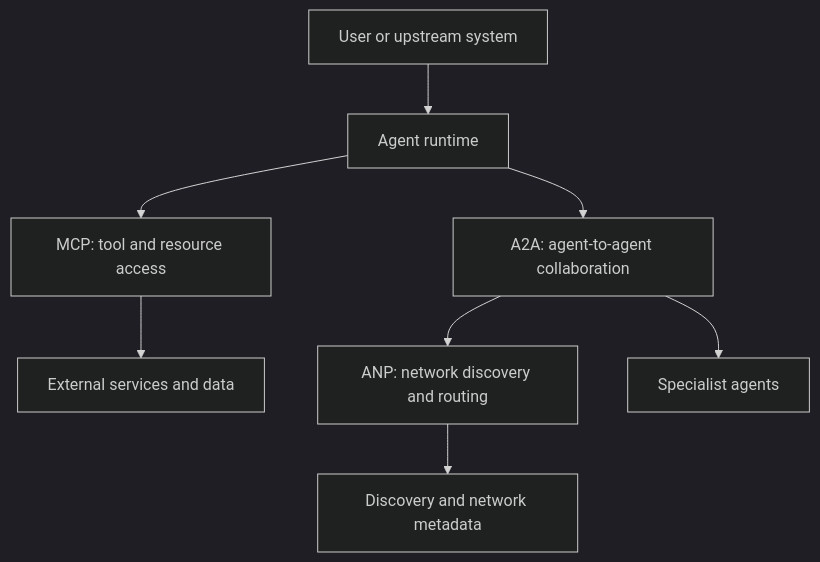
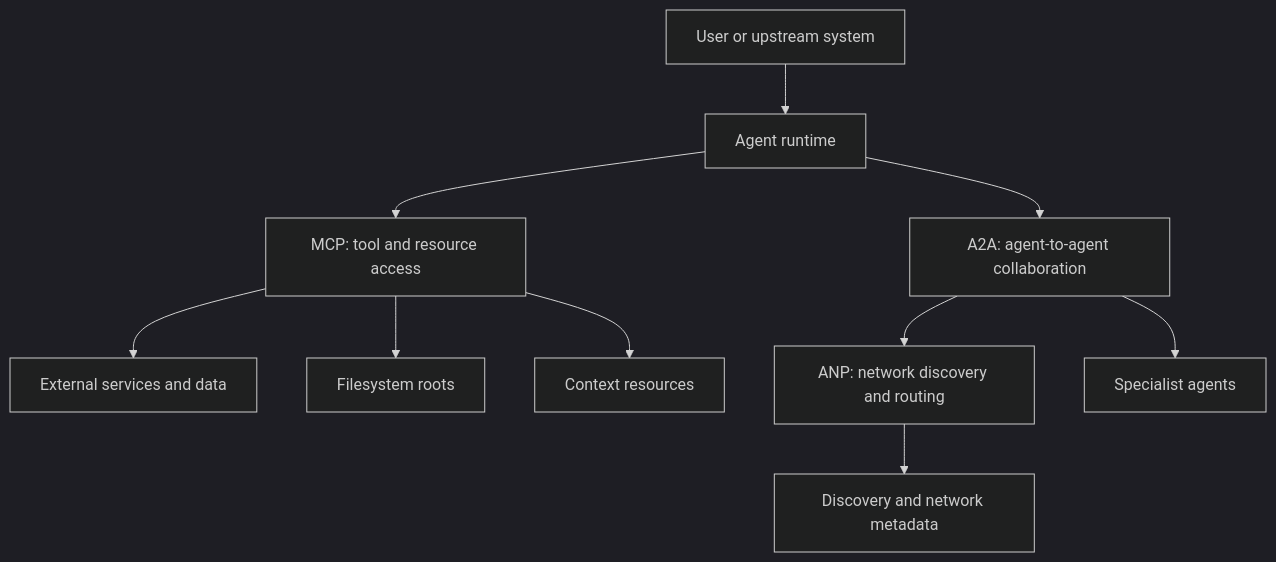
The diagram in systems/protocols-and-interoperability.md (Prompthon-IO/agent-systems-handbook), drawn with Mermaid (dark theme) before and after one commit. The commit also changed other lines of this file, not shown here.

Commit message:
docs(handbook): Protocols refresh for local roots, file resources, and remote MCP boundaries

````diff
--- a/systems/protocols-and-interoperability.md
+++ b/systems/protocols-and-interoperability.md
@@ -54,10 +70,12 @@
 ```mermaid
 flowchart TD
   User["User or upstream system"] --> Agent["Agent runtime"]
   Agent --> MCP["MCP: tool and resource access"]
   Agent --> A2A["A2A: agent-to-agent collaboration"]
   A2A --> ANP["ANP: network discovery and routing"]
   MCP --> Services["External services and data"]
+  MCP --> Roots["Filesystem roots"]
+  MCP --> Resources["Context resources"]
   A2A --> Specialists["Specialist agents"]
   ANP --> Directory["Discovery and network metadata"]
 ```
````
